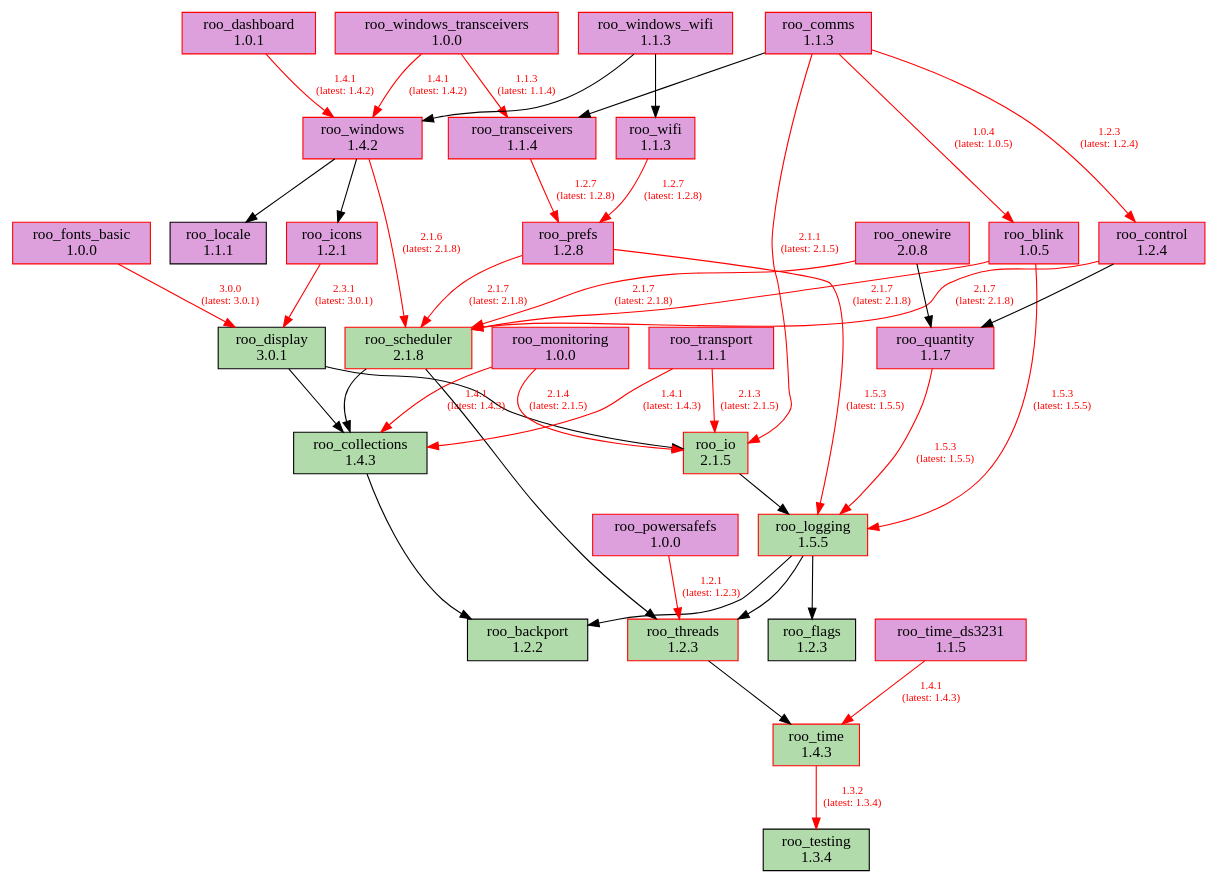
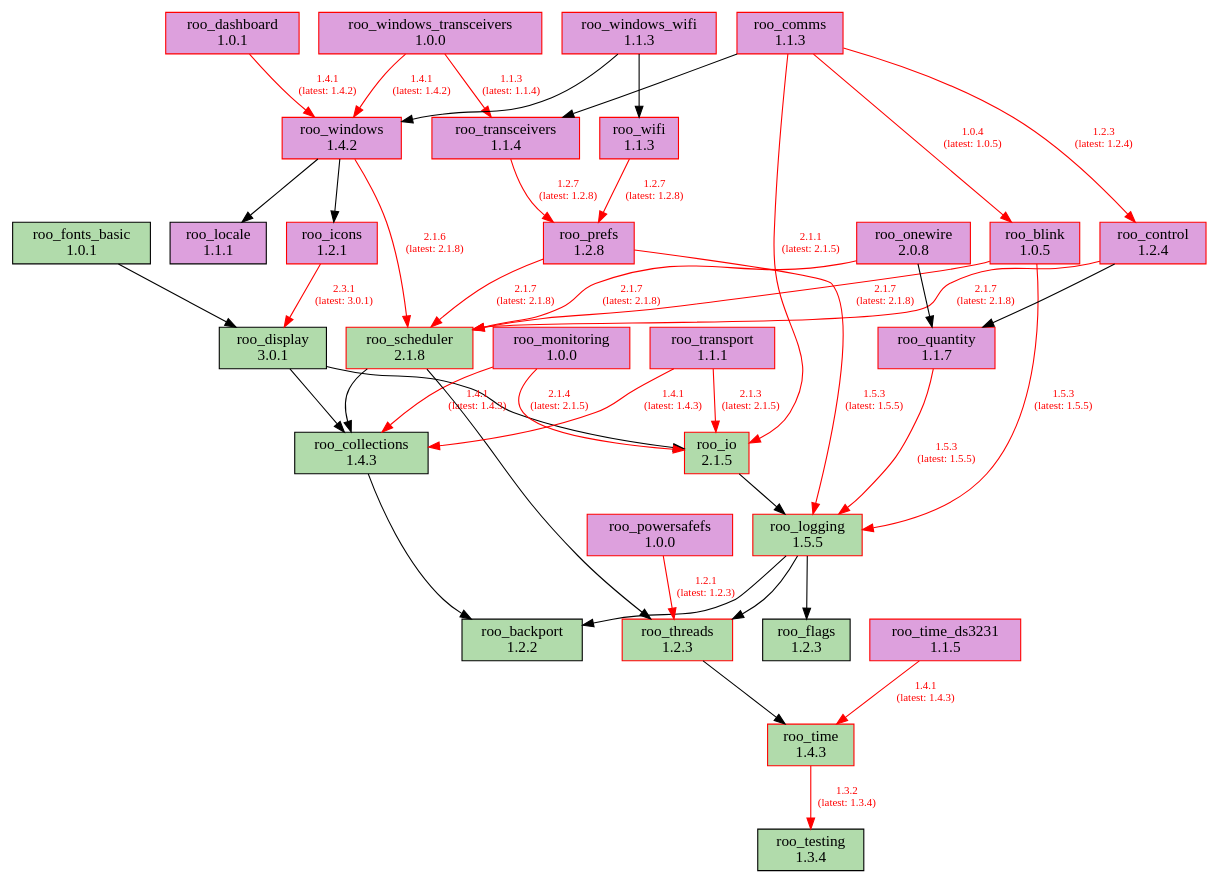
One commit to dejwk/roo-registry changed the diagram in doc/dependencies.dot. Above: the diagram before and after it, drawn with Graphviz. The commit also changed 3 other files, not shown here.

Commit message:
Added roo_fonts_basic 1.0.1 to the registry.

```diff
--- a/doc/dependencies.dot
+++ b/doc/dependencies.dot
@@ -1,80 +1,80 @@
 digraph dependencies {
     rankdir=TB;
     node [shape=box, style=filled];
     edge [fontsize=10];
 
     // Modules
     "roo_backport" [label="roo_backport\n1.2.2", fillcolor="#b1dbab", color="black"];
     "roo_blink" [label="roo_blink\n1.0.5", fillcolor="plum", color="red"];
     "roo_collections" [label="roo_collections\n1.4.3", fillcolor="#b1dbab", color="black"];
     "roo_comms" [label="roo_comms\n1.1.3", fillcolor="plum", color="red"];
     "roo_control" [label="roo_control\n1.2.4", fillcolor="plum", color="red"];
     "roo_dashboard" [label="roo_dashboard\n1.0.1", fillcolor="plum", color="red"];
     "roo_display" [label="roo_display\n3.0.1", fillcolor="#b1dbab", color="black"];
     "roo_flags" [label="roo_flags\n1.2.3", fillcolor="#b1dbab", color="black"];
-    "roo_fonts_basic" [label="roo_fonts_basic\n1.0.0", fillcolor="plum", color="red"];
+    "roo_fonts_basic" [label="roo_fonts_basic\n1.0.1", fillcolor="#b1dbab", color="black"];
     "roo_icons" [label="roo_icons\n1.2.1", fillcolor="plum", color="red"];
     "roo_io" [label="roo_io\n2.1.5", fillcolor="#b1dbab", color="red"];
     "roo_locale" [label="roo_locale\n1.1.1", fillcolor="plum", color="black"];
     "roo_logging" [label="roo_logging\n1.5.5", fillcolor="#b1dbab", color="red"];
     "roo_monitoring" [label="roo_monitoring\n1.0.0", fillcolor="plum", color="red"];
     "roo_onewire" [label="roo_onewire\n2.0.8", fillcolor="plum", color="red"];
     "roo_powersafefs" [label="roo_powersafefs\n1.0.0", fillcolor="plum", color="red"];
     "roo_prefs" [label="roo_prefs\n1.2.8", fillcolor="plum", color="red"];
     "roo_quantity" [label="roo_quantity\n1.1.7", fillcolor="plum", color="red"];
     "roo_scheduler" [label="roo_scheduler\n2.1.8", fillcolor="#b1dbab", color="red"];
     "roo_testing" [label="roo_testing\n1.3.4", fillcolor="#b1dbab", color="black"];
     "roo_threads" [label="roo_threads\n1.2.3", fillcolor="#b1dbab", color="red"];
     "roo_time" [label="roo_time\n1.4.3", fillcolor="#b1dbab", color="red"];
     "roo_time_ds3231" [label="roo_time_ds3231\n1.1.5", fillcolor="plum", color="red"];
     "roo_transceivers" [label="roo_transceivers\n1.1.4", fillcolor="plum", color="red"];
     "roo_transport" [label="roo_transport\n1.1.1", fillcolor="plum", color="red"];
     "roo_wifi" [label="roo_wifi\n1.1.3", fillcolor="plum", color="red"];
     "roo_windows" [label="roo_windows\n1.4.2", fillcolor="plum", color="red"];
     "roo_windows_transceivers" [label="roo_windows_transceivers\n1.0.0", fillcolor="plum", color="red"];
     "roo_windows_wifi" [label="roo_windows_wifi\n1.1.3", fillcolor="plum", color="red"];
 
     // Dependencies
     "roo_blink" -> "roo_logging" [color=red, fontcolor=red, label="1.5.3\n(latest: 1.5.5)"];
     "roo_blink" -> "roo_scheduler" [color=red, fontcolor=red, label="2.1.7\n(latest: 2.1.8)"];
     "roo_collections" -> "roo_backport";
     "roo_comms" -> "roo_blink" [color=red, fontcolor=red, label="1.0.4\n(latest: 1.0.5)"];
     "roo_comms" -> "roo_control" [color=red, fontcolor=red, label="1.2.3\n(latest: 1.2.4)"];
     "roo_comms" -> "roo_io" [color=red, fontcolor=red, label="2.1.1\n(latest: 2.1.5)"];
     "roo_comms" -> "roo_transceivers";
     "roo_control" -> "roo_quantity";
     "roo_control" -> "roo_scheduler" [color=red, fontcolor=red, label="2.1.7\n(latest: 2.1.8)"];
     "roo_dashboard" -> "roo_windows" [color=red, fontcolor=red, label="1.4.1\n(latest: 1.4.2)"];
     "roo_display" -> "roo_collections";
     "roo_display" -> "roo_io";
-    "roo_fonts_basic" -> "roo_display" [color=red, fontcolor=red, label="3.0.0\n(latest: 3.0.1)"];
+    "roo_fonts_basic" -> "roo_display";
     "roo_icons" -> "roo_display" [color=red, fontcolor=red, label="2.3.1\n(latest: 3.0.1)"];
     "roo_io" -> "roo_logging";
     "roo_logging" -> "roo_backport";
     "roo_logging" -> "roo_flags";
     "roo_logging" -> "roo_threads";
     "roo_monitoring" -> "roo_collections" [color=red, fontcolor=red, label="1.4.1\n(latest: 1.4.3)"];
     "roo_monitoring" -> "roo_io" [color=red, fontcolor=red, label="2.1.4\n(latest: 2.1.5)"];
     "roo_onewire" -> "roo_scheduler" [color=red, fontcolor=red, label="2.1.7\n(latest: 2.1.8)"];
     "roo_onewire" -> "roo_quantity";
     "roo_powersafefs" -> "roo_threads" [color=red, fontcolor=red, label="1.2.1\n(latest: 1.2.3)"];
     "roo_prefs" -> "roo_logging" [color=red, fontcolor=red, label="1.5.3\n(latest: 1.5.5)"];
     "roo_prefs" -> "roo_scheduler" [color=red, fontcolor=red, label="2.1.7\n(latest: 2.1.8)"];
     "roo_quantity" -> "roo_logging" [color=red, fontcolor=red, label="1.5.3\n(latest: 1.5.5)"];
     "roo_scheduler" -> "roo_collections";
     "roo_scheduler" -> "roo_threads";
     "roo_threads" -> "roo_time";
     "roo_time" -> "roo_testing" [color=red, fontcolor=red, label="1.3.2\n(latest: 1.3.4)"];
     "roo_time_ds3231" -> "roo_time" [color=red, fontcolor=red, label="1.4.1\n(latest: 1.4.3)"];
     "roo_transceivers" -> "roo_prefs" [color=red, fontcolor=red, label="1.2.7\n(latest: 1.2.8)"];
     "roo_transport" -> "roo_collections" [color=red, fontcolor=red, label="1.4.1\n(latest: 1.4.3)"];
     "roo_transport" -> "roo_io" [color=red, fontcolor=red, label="2.1.3\n(latest: 2.1.5)"];
     "roo_wifi" -> "roo_prefs" [color=red, fontcolor=red, label="1.2.7\n(latest: 1.2.8)"];
     "roo_windows" -> "roo_locale";
     "roo_windows" -> "roo_icons";
     "roo_windows" -> "roo_scheduler" [color=red, fontcolor=red, label="2.1.6\n(latest: 2.1.8)"];
     "roo_windows_transceivers" -> "roo_transceivers" [color=red, fontcolor=red, label="1.1.3\n(latest: 1.1.4)"];
     "roo_windows_transceivers" -> "roo_windows" [color=red, fontcolor=red, label="1.4.1\n(latest: 1.4.2)"];
     "roo_windows_wifi" -> "roo_wifi";
     "roo_windows_wifi" -> "roo_windows";
 }
```
